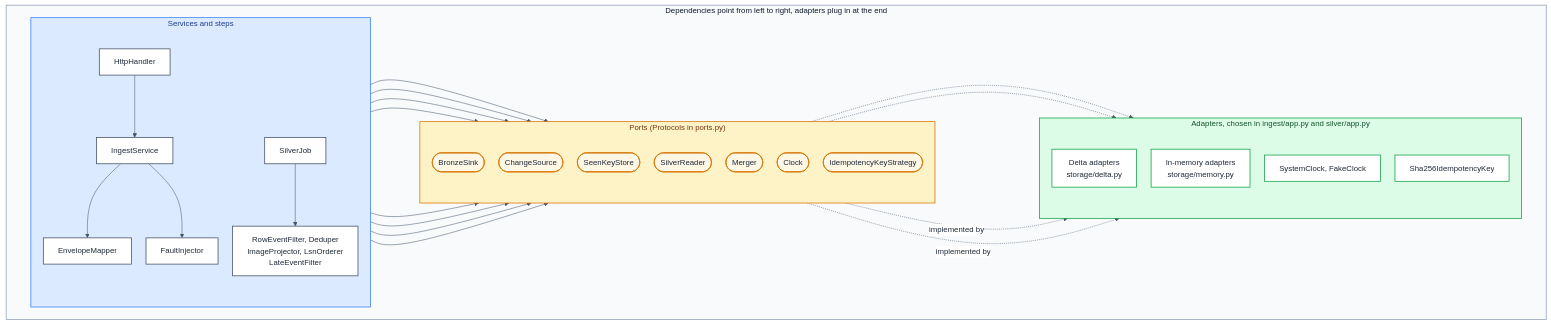
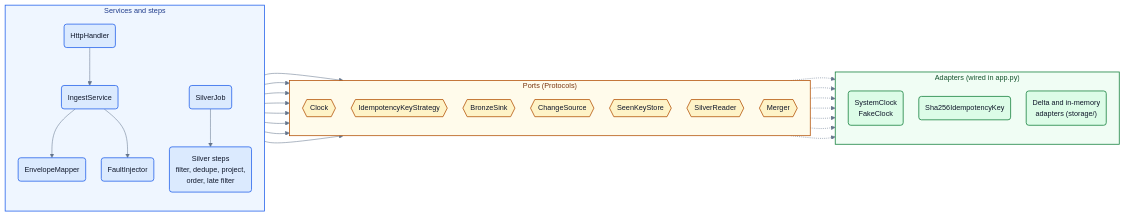
One commit to santoshshinde2012/cdc-poc changed the third of 3 diagrams in README.md. Above: the diagram before and after it, drawn with Mermaid. The commit also changed other lines of this file, not shown here.

Commit message:
README: mermaid-only diagrams, reference-architecture flowchart, delivery sequence diagram, cleaner design diagram

````diff
--- a/README.md
+++ b/README.md
@@ -410,62 +449,62 @@
 ```mermaid
-%%{init: {"theme": "base", "themeVariables": {"background": "#ffffff", "primaryColor": "#ffffff", "primaryTextColor": "#1f2937", "primaryBorderColor": "#64748b", "lineColor": "#475569", "secondaryColor": "#f1f5f9", "tertiaryColor": "#f8fafc", "fontFamily": "Segoe UI, Helvetica, Arial, sans-serif", "fontSize": "15px", "clusterBkg": "#f8fafc", "clusterBorder": "#94a3b8", "titleColor": "#0f172a", "edgeLabelBackground": "#ffffff"}, "flowchart": {"curve": "basis", "padding": 14, "nodeSpacing": 28, "rankSpacing": 70}}}%%
+%%{init: {"layout": "dagre", "fontFamily": "Inter, Arial, sans-serif", "theme": "base", "themeVariables": {"fontFamily": "Inter, Arial, sans-serif", "fontSize": "14px", "primaryColor": "#ffffff", "primaryTextColor": "#0f172a", "primaryBorderColor": "#475569", "lineColor": "#64748b", "secondaryColor": "#e2e8f0", "tertiaryColor": "#f1f5f9", "clusterBkg": "#f1f5f9", "clusterBorder": "#94a3b8", "titleColor": "#0f172a", "edgeLabelBackground": "#e2e8f0", "background": "transparent"}, "flowchart": {"curve": "basis", "padding": 12, "nodeSpacing": 30, "rankSpacing": 48, "htmlLabels": true}}}%%
 flowchart LR
-  subgraph FRAME["Dependencies point from left to right, adapters plug in at the end"]
-    direction LR
-    subgraph SVC["Services and steps"]
-      direction TB
-      HTTP["HttpHandler"]
-      ING["IngestService"]
-      MAP["EnvelopeMapper"]
-      JOB["SilverJob"]
-      STEPS["RowEventFilter, Deduper<br/>ImageProjector, LsnOrderer<br/>LateEventFilter"]
-      FAULT["FaultInjector"]
-    end
-    subgraph PORTS["Ports (Protocols in ports.py)"]
-      direction TB
-      BS(["BronzeSink"])
-      CS(["ChangeSource"])
-      SK(["SeenKeyStore"])
-      SR(["SilverReader"])
-      MG(["Merger"])
-      CK(["Clock"])
-      IK(["IdempotencyKeyStrategy"])
-    end
-    subgraph ADP["Adapters, chosen in ingest/app.py and silver/app.py"]
-      direction TB
-      DL["Delta adapters<br/>storage/delta.py"]
-      MEM["In-memory adapters<br/>storage/memory.py"]
-      CLK["SystemClock, FakeClock"]
-      SHA["Sha256IdempotencyKey"]
-    end
+  subgraph SVC["Services and steps"]
+    direction TB
+    HTTP("HttpHandler")
+    ING("IngestService")
+    MAP("EnvelopeMapper")
+    FLT("FaultInjector")
+    JOB("SilverJob")
+    STP("Silver steps<br/>filter, dedupe, project,<br/>order, late filter")
+  end
+
+  subgraph PRT["Ports (Protocols)"]
+    direction TB
+    CK{{"Clock"}}
+    IK{{"IdempotencyKeyStrategy"}}
+    BS{{"BronzeSink"}}
+    CS{{"ChangeSource"}}
+    SK{{"SeenKeyStore"}}
+    SR{{"SilverReader"}}
+    MG{{"Merger"}}
+  end
+
+  subgraph ADP["Adapters (wired in app.py)"]
+    direction TB
+    CLK("SystemClock<br/>FakeClock")
+    SHA("Sha256IdempotencyKey")
+    STO("Delta and in-memory<br/>adapters (storage/)")
   end
 
   HTTP --> ING
   HTTP --> CK
   ING --> MAP
-  ING --> FAULT
+  ING --> FLT
   ING --> BS
   MAP --> IK
-  JOB --> STEPS
+  JOB --> STP
   JOB --> CS
+  JOB --> MG
   JOB --> SR
-  JOB --> MG
-  STEPS --> SK
-  STEPS --> SR
+  STP --> SK
+  STP --> SR
 
-  PORTS -.->|"implemented by"| DL
-  PORTS -.->|"implemented by"| MEM
   CK -.-> CLK
   IK -.-> SHA
+  BS -.-> STO
+  CS -.-> STO
+  SK -.-> STO
+  SR -.-> STO
+  MG -.-> STO
 
-  classDef svc fill:#ffffff,stroke:#475569,stroke-width:1.5px,color:#1f2937
-  classDef port fill:#fff7e6,stroke:#d97706,stroke-width:1.5px,color:#1f2937
-  classDef adp fill:#ffffff,stroke:#16a34a,stroke-width:1.5px,color:#1f2937
-  class HTTP,ING,MAP,JOB,STEPS,FAULT svc
-  class BS,CS,SK,SR,MG,CK,IK port
-  class DL,MEM,CLK,SHA adp
-  style FRAME fill:#f8fafc,stroke:#94a3b8,stroke-width:1.5px,color:#0f172a
-  style SVC fill:#dbeafe,stroke:#3b82f6,stroke-width:1.5px,color:#1e3a8a
-  style PORTS fill:#fef3c7,stroke:#d97706,stroke-width:1.5px,color:#78350f
-  style ADP fill:#dcfce7,stroke:#16a34a,stroke-width:1.5px,color:#14532d
+  classDef svc fill:#dbeafe,stroke:#2563eb,stroke-width:1.5px,color:#0f172a
+  classDef prt fill:#fef3c7,stroke:#b45309,stroke-width:1.5px,color:#0f172a
+  classDef adp fill:#dcfce7,stroke:#15803d,stroke-width:1.5px,color:#0f172a
+  class HTTP,ING,MAP,FLT,JOB,STP svc
+  class CK,IK,BS,CS,SK,SR,MG prt
+  class CLK,SHA,STO adp
+  style SVC fill:#eff6ff,stroke:#2563eb,stroke-width:1.5px,color:#1e3a8a
+  style PRT fill:#fffbeb,stroke:#b45309,stroke-width:1.5px,color:#78350f
+  style ADP fill:#f0fdf4,stroke:#15803d,stroke-width:1.5px,color:#14532d
 ```
````
